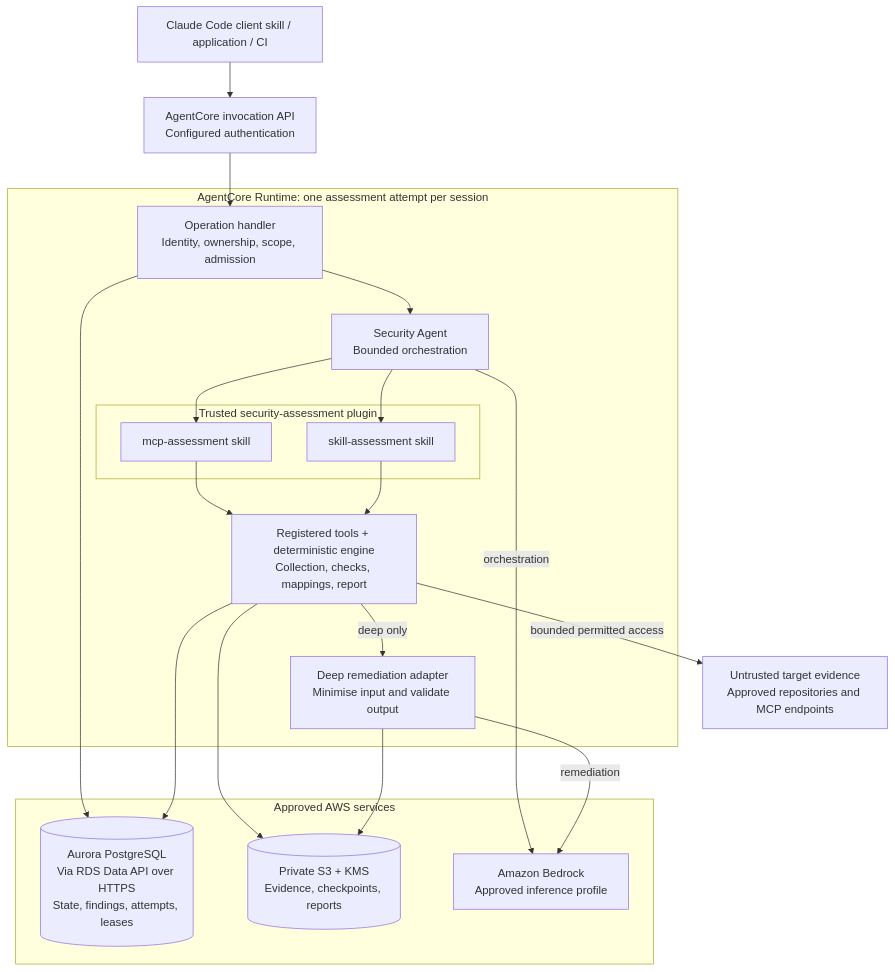
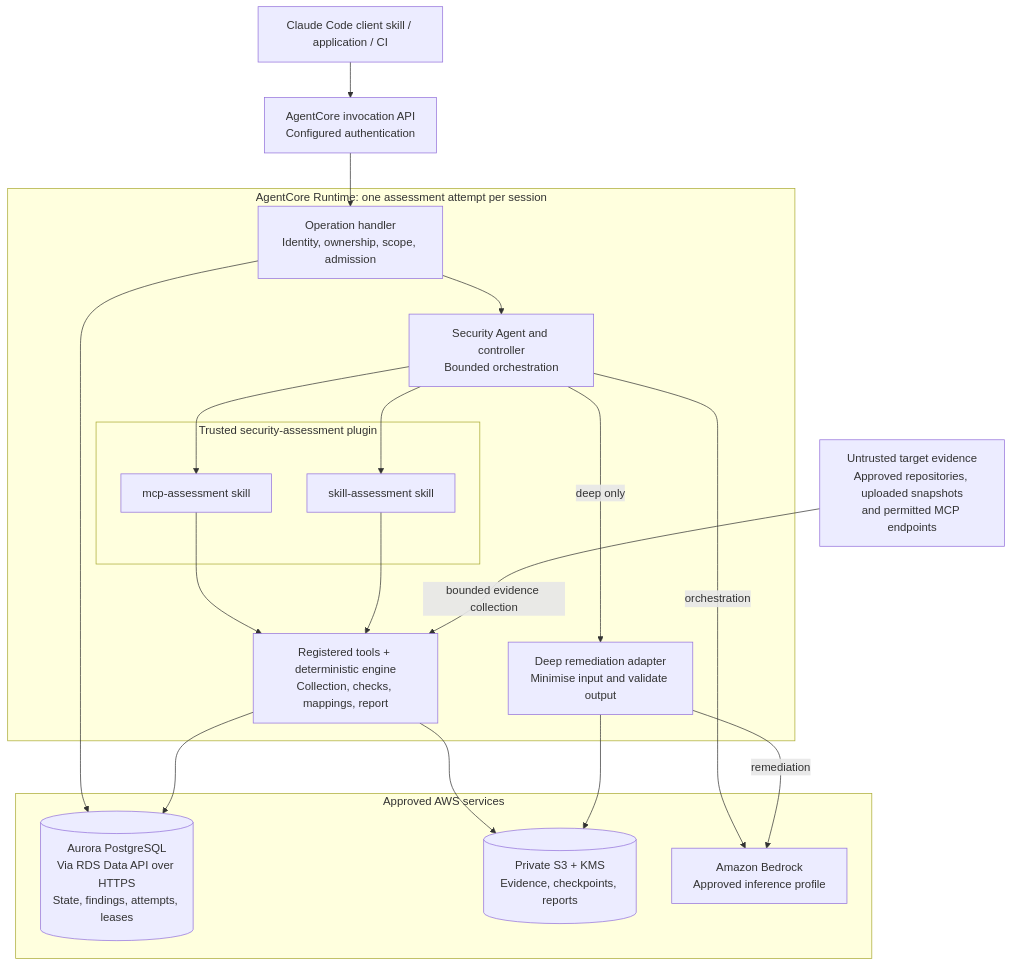
One commit to dliu-lab/security-agent changed the diagram in docs/diagrams/system-architecture.mmd. Above: the diagram before and after it, drawn with Mermaid. The commit also changed 11 other files, not shown here.

```diff
--- a/docs/diagrams/system-architecture.mmd
+++ b/docs/diagrams/system-architecture.mmd
@@ -1,36 +1,36 @@
 flowchart TB
+    Targets["Untrusted target evidence<br/>Approved repositories, uploaded snapshots<br/>and permitted MCP endpoints"]
     Client["Claude Code client skill / application / CI"]
     API["AgentCore invocation API<br/>Configured authentication"]
     Client --> API
 
     subgraph Runtime["AgentCore Runtime: one assessment attempt per session"]
         Entry["Operation handler<br/>Identity, ownership, scope, admission"]
-        Agent["Security Agent<br/>Bounded orchestration"]
+        Agent["Security Agent and controller<br/>Bounded orchestration"]
         subgraph Plugin["Trusted security-assessment plugin"]
             MCP["mcp-assessment skill"]
             Skill["skill-assessment skill"]
         end
         Engine["Registered tools + deterministic engine<br/>Collection, checks, mappings, report"]
         Advice["Deep remediation adapter<br/>Minimise input and validate output"]
         Entry --> Agent
         Agent --> MCP
         Agent --> Skill
         MCP --> Engine
         Skill --> Engine
-        Engine -->|deep only| Advice
+        Agent -->|deep only| Advice
     end
 
     API --> Entry
-    Targets["Untrusted target evidence<br/>Approved repositories and MCP endpoints"]
     subgraph Services["Approved AWS services"]
         Registry[("Aurora PostgreSQL<br/>Via RDS Data API over HTTPS<br/>State, findings, attempts, leases")]
         Artifacts[("Private S3 + KMS<br/>Evidence, checkpoints, reports")]
         Model["Amazon Bedrock<br/>Approved inference profile"]
     end
     Entry --> Registry
     Engine --> Registry
     Engine --> Artifacts
     Advice --> Artifacts
-    Engine -->|bounded permitted access| Targets
+    Targets -->|bounded evidence collection| Engine
     Agent -->|orchestration| Model
     Advice -->|remediation| Model
```
